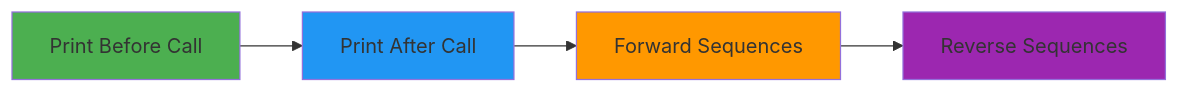
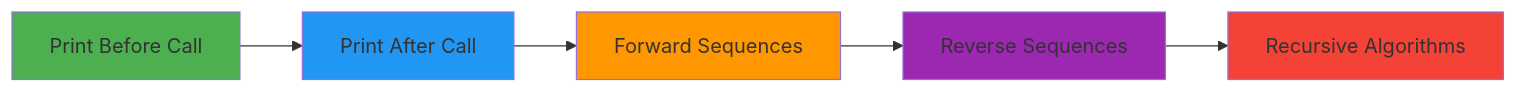
The diagram in chalenge_recrtions/Linear_Drills/README.md (Itachi-Logic/c-challenges-solved), drawn with Mermaid before and after one commit. The commit also changed other lines of this file and 8 other files, not shown here.

````diff
--- a/chalenge_recrtions/Linear_Drills/README.md
+++ b/chalenge_recrtions/Linear_Drills/README.md
@@ -29,10 +29,12 @@
 ```mermaid
 graph LR
     A[Print Before Call] --> B[Print After Call]
     B --> C[Forward Sequences]
     C --> D[Reverse Sequences]
+    D --> E[Recursive Algorithms]
     style A fill:#4CAF50
     style B fill:#2196F3
     style C fill:#FF9800
     style D fill:#9C27B0
+    style E fill:#f44336
 ```
````
